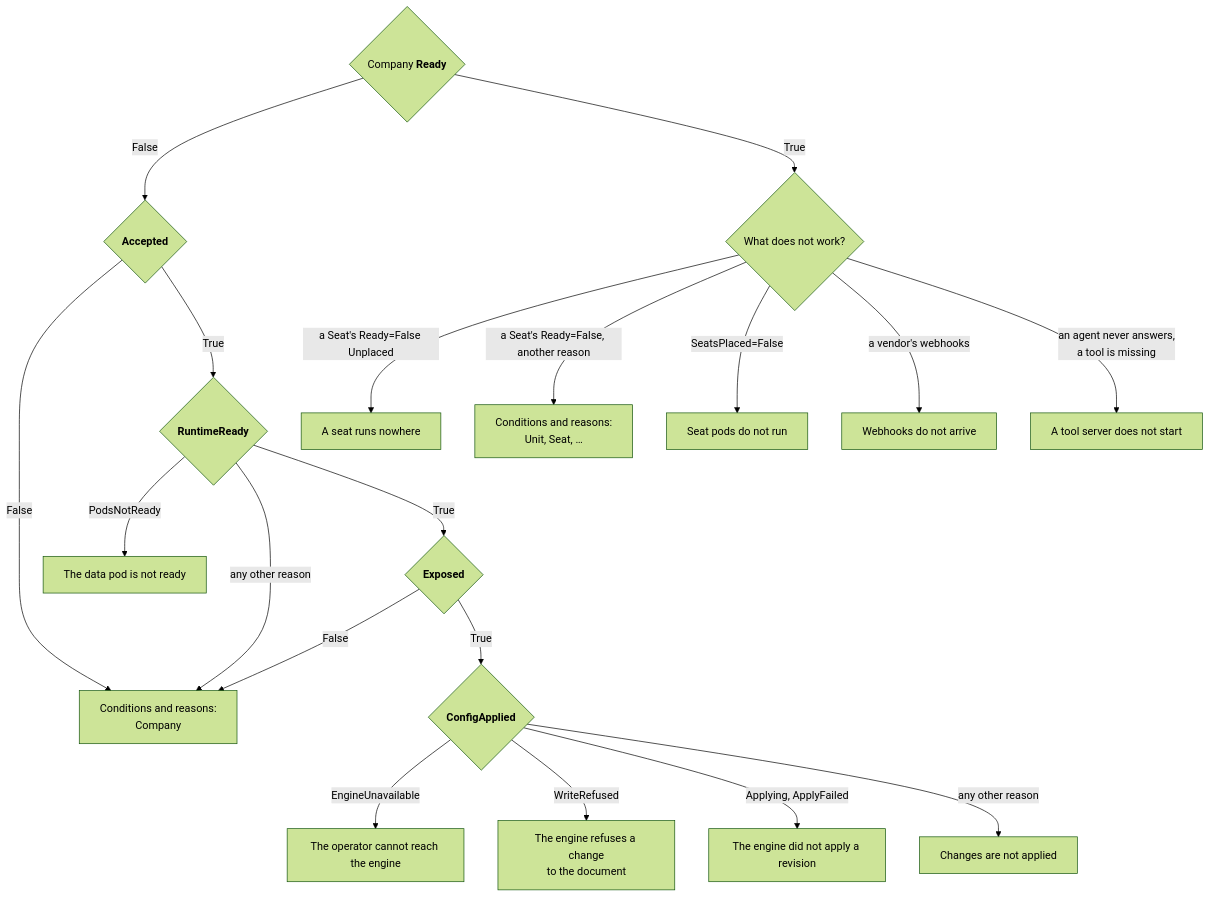
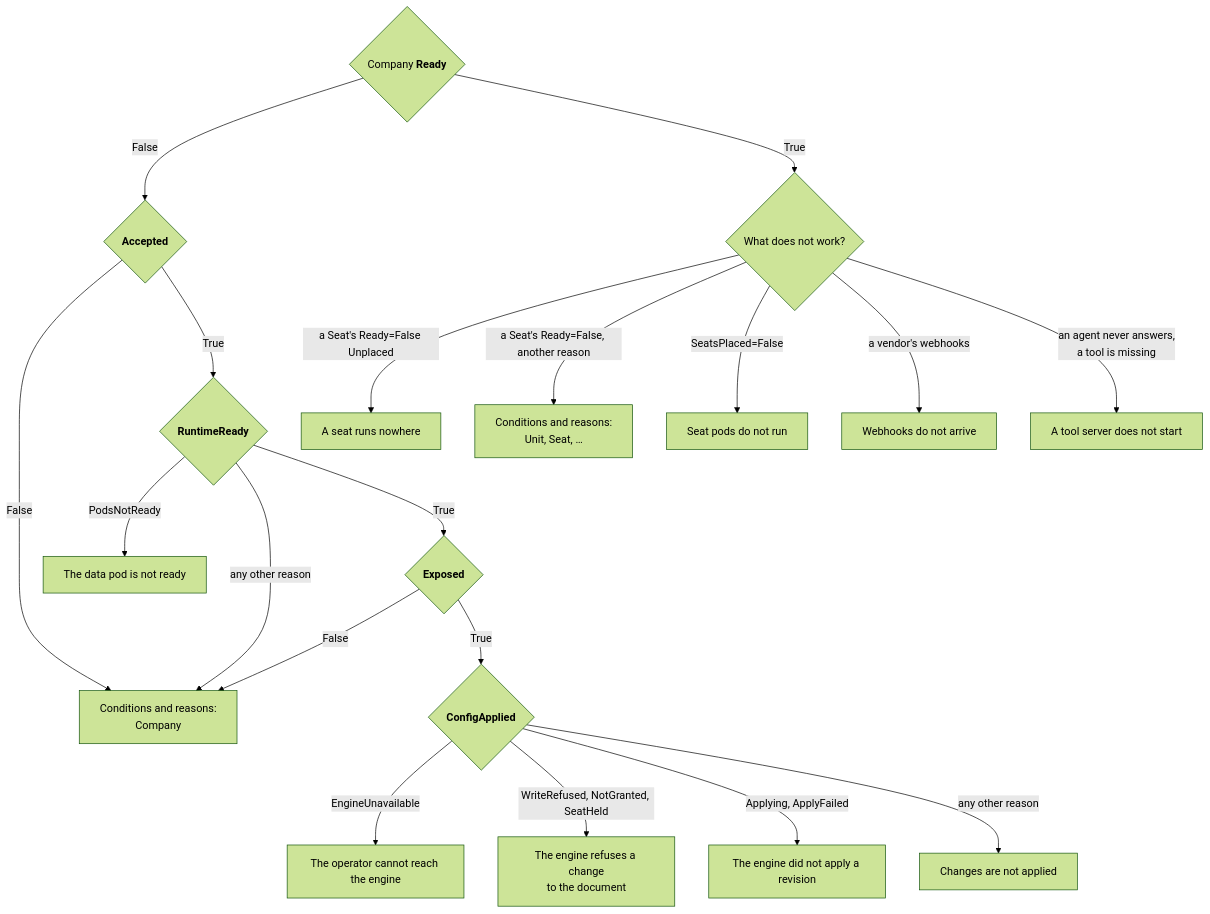
Before and after one commit to crewlet/crewlet-operator: the diagram in docs/guides/troubleshooting.md, drawn with Mermaid (forest theme). The commit also changed other lines of this file and 12 other files, not shown here.

````diff
--- a/docs/guides/troubleshooting.md
+++ b/docs/guides/troubleshooting.md
@@ -22,22 +22,22 @@
 ```mermaid
 flowchart TD
     R{"Company <b>Ready</b>"}
     R -->|False| A{"<b>Accepted</b>"}
     R -->|True| SYM{"What does not work?"}
     A -->|False| CL["Conditions and reasons:<br/>Company"]
     A -->|True| RT{"<b>RuntimeReady</b>"}
     RT -->|PodsNotReady| POD["The data pod is not ready"]
     RT -->|"any other reason"| CL
     RT -->|True| EX{"<b>Exposed</b>"}
     EX -->|False| CL
     EX -->|True| CA{"<b>ConfigApplied</b>"}
     CA -->|EngineUnavailable| UN["The operator cannot reach the engine"]
-    CA -->|WriteRefused| WR["The engine refuses a change<br/>to the document"]
+    CA -->|"WriteRefused, NotGranted, SeatHeld"| WR["The engine refuses a change<br/>to the document"]
     CA -->|"Applying, ApplyFailed"| AF["The engine did not apply a revision"]
     CA -->|"any other reason"| NA["Changes are not applied"]
     SYM -->|"a Seat's Ready=False Unplaced"| NW["A seat runs nowhere"]
     SYM -->|"a Seat's Ready=False, another reason"| CS["Conditions and reasons:<br/>Unit, Seat, …"]
     SYM -->|"SeatsPlaced=False"| SP["Seat pods do not run"]
     SYM -->|"a vendor's webhooks"| WH["Webhooks do not arrive"]
     SYM -->|"an agent never answers,<br/>a tool is missing"| TS["A tool server does not start"]
 ```
````
